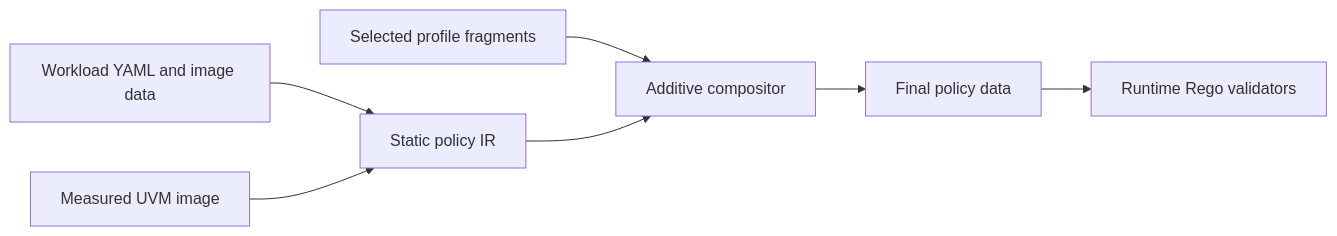
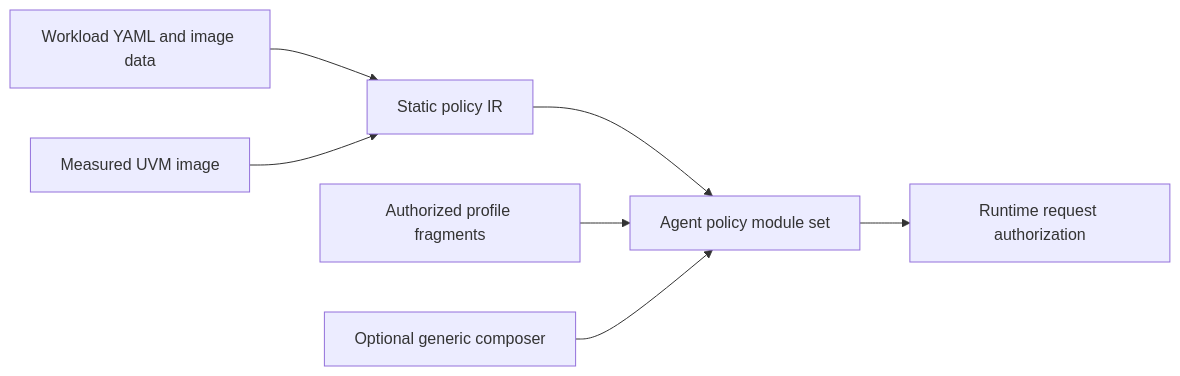
One commit to bodzhang/kata-containers changed the second of 4 diagrams in docs/design/genpolicy-fragment-rego.md. Above: the diagram before and after it, drawn with Mermaid. The commit also changed other lines of this file and 3 other files, not shown here.

````diff
--- a/docs/design/genpolicy-fragment-rego.md
+++ b/docs/design/genpolicy-fragment-rego.md
@@ -136,9 +141,9 @@
 ```mermaid
 flowchart LR
     YAML[Workload YAML and image data] --> IR[Static policy IR]
-  UVM[Measured UVM image] --> IR
-    PROFILE[Selected profile fragments] --> COMPOSE[Additive compositor]
-    IR --> COMPOSE
-    COMPOSE --> POLICY[Final policy data]
-    POLICY --> REGO[Runtime Rego validators]
+    UVM[Measured UVM image] --> IR
+    IR --> POLICY[Agent policy module set]
+    PROFILE[Authorized profile fragments] --> POLICY
+    COMPOSE[Optional generic composer] --> POLICY
+    POLICY --> REQUEST[Runtime request authorization]
 ```
````
